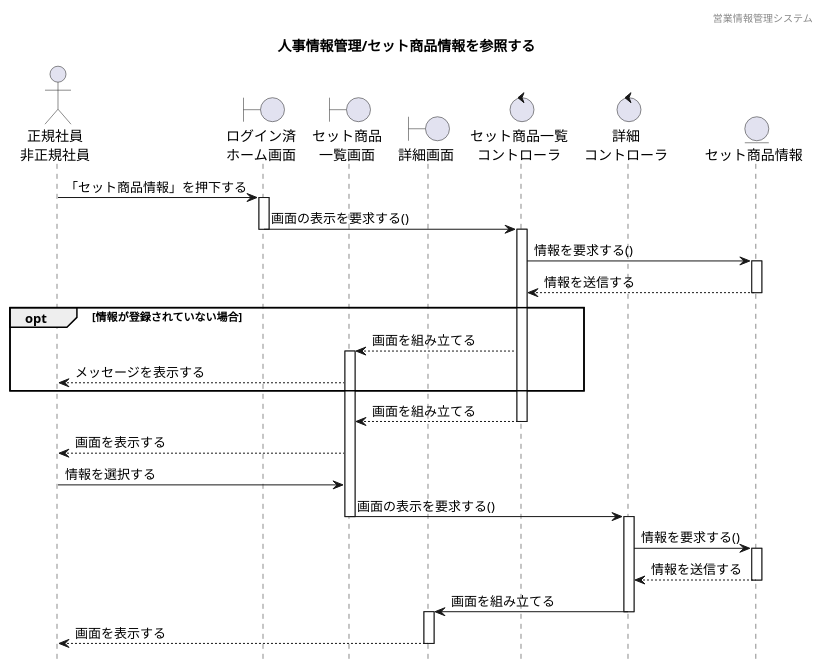
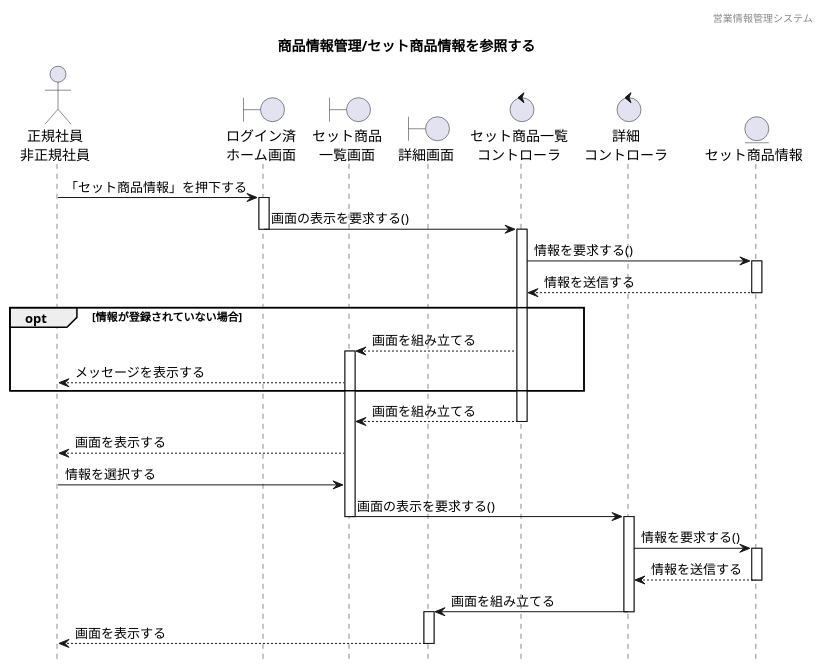
Before and after one commit to HaruShim/Sotuken: the diagram in 各種設計書/4シーケンス図/商品情報管理/1.在庫管理/セット商品管理_参照.plantuml, drawn with PlantUML. The commit also changed 3 other files, not shown here.

```diff
--- a/各種設計書/4シーケンス図/商品情報管理/1.在庫管理/セット商品管理_参照.plantuml
+++ b/各種設計書/4シーケンス図/商品情報管理/1.在庫管理/セット商品管理_参照.plantuml
@@ -1,54 +1,54 @@
 @startuml ../../images/在庫管理/セット商品管理_参照
 
 hide footbox
 header 営業情報管理システム
-title 人事情報管理/セット商品情報を参照する
+title 商品情報管理/セット商品情報を参照する
 
 ' actor "" as a
 actor "正規社員\n非正規社員" as a1
 
 ' boundary "" as b
 boundary "ログイン済\nホーム画面" as b1
 boundary "セット商品\n一覧画面" as b2
 boundary "詳細画面" as b3
 
 ' control "" as c
 control "セット商品一覧\nコントローラ" as c1
 control "詳細\nコントローラ" as c2
 
 ' entity "" as e
 entity "セット商品情報" as e1
 
 a1 -> b1 : 「セット商品情報」を押下する
 activate b1
 b1 -> c1 : 画面の表示を要求する()
 deactivate b1
 activate c1
 c1 -> e1 : 情報を要求する()
 activate e1
 e1 --> c1 : 情報を送信する
 deactivate e1
 opt 情報が登録されていない場合
 c1 --> b2 : 画面を組み立てる
 activate b2
 b2 --> a1 : メッセージを表示する
 end
 c1 --> b2 : 画面を組み立てる
 deactivate c1
 b2 --> a1 : 画面を表示する
 a1 -> b2 : 情報を選択する
 b2 -> c2 : 画面の表示を要求する()
 deactivate b2
 activate c2
 c2 -> e1 : 情報を要求する()
 activate e1
 e1 --> c2 : 情報を送信する
 deactivate e1
 c2 -> b3 : 画面を組み立てる
 deactivate c2 
 activate b3
 b3 --> a1 : 画面を表示する
 deactivate b3
 
 
 @enduml
```
